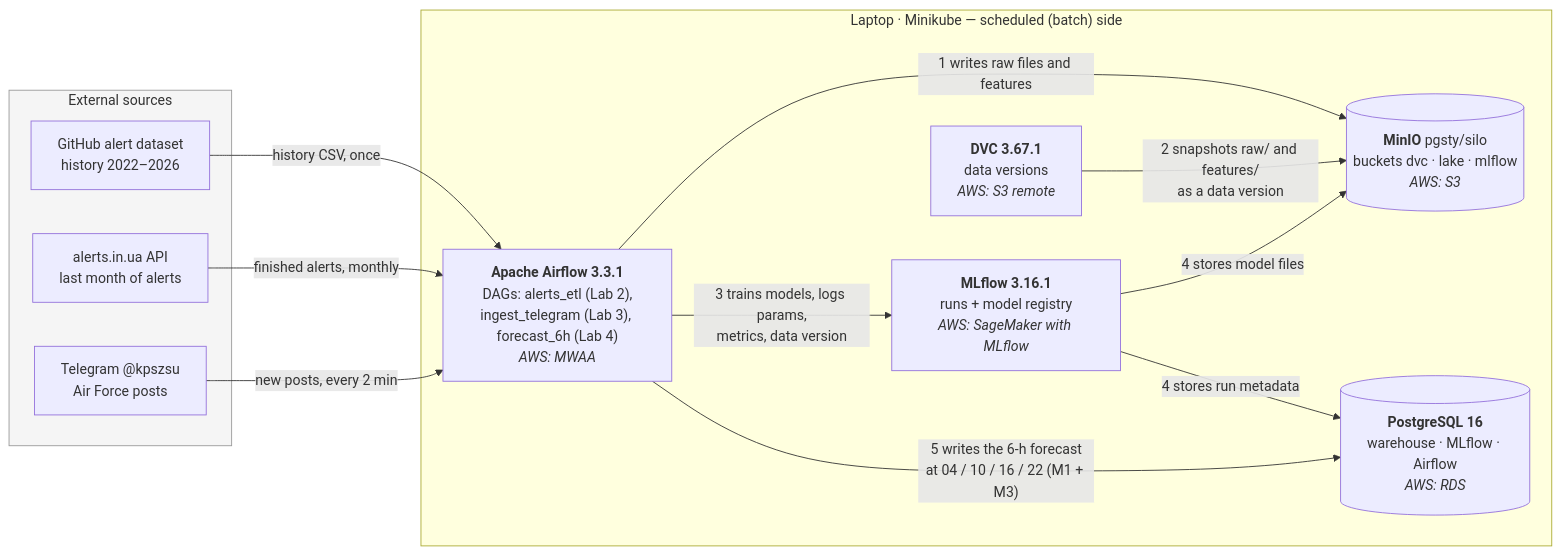
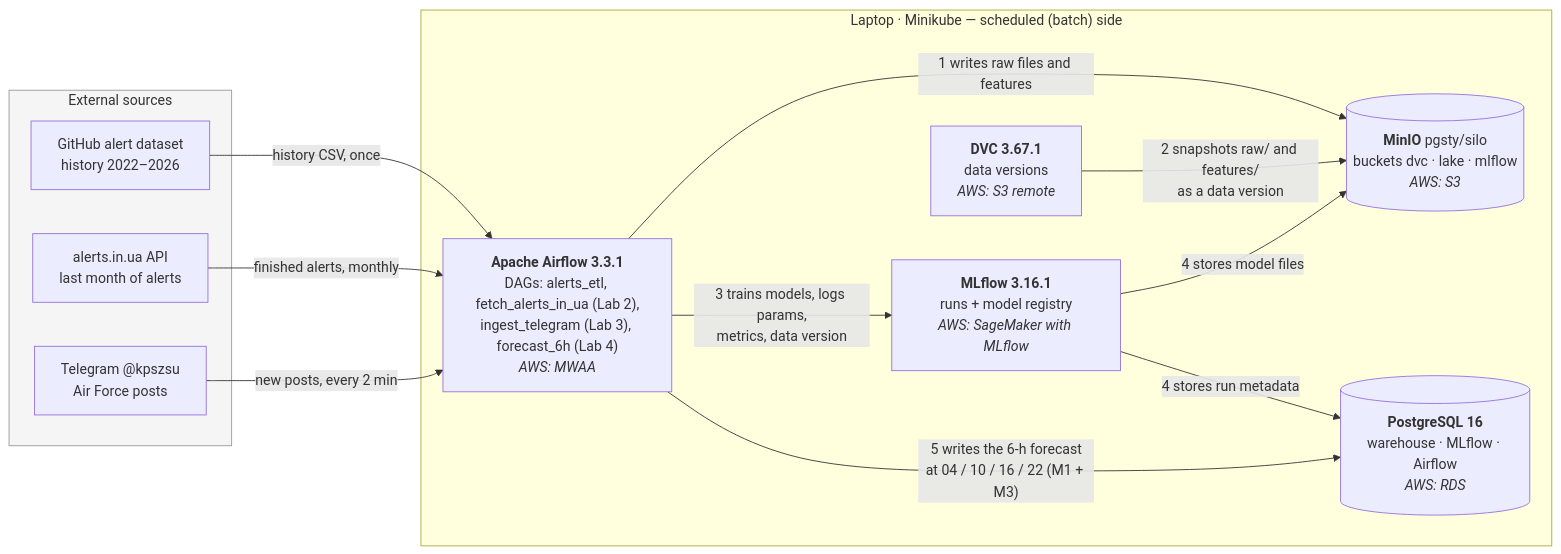
Before and after one commit to kvitoslava-yarish/mlops-2026: the third of 4 diagrams in docs/design.md, drawn with Mermaid. The commit also changed other lines of this file and 22 other files, not shown here.

````diff
--- a/docs/design.md
+++ b/docs/design.md
@@ -363,25 +368,25 @@
 ```mermaid
 flowchart LR
     subgraph src["External sources"]
         gh["GitHub alert dataset<br/>history 2022–2026"]
         aiu["alerts.in.ua API<br/>last month of alerts"]
         tg["Telegram @kpszsu<br/>Air Force posts"]
     end
     subgraph laptop["Laptop · Minikube — scheduled (batch) side"]
-        af["<b>Apache Airflow 3.3.1</b><br/>DAGs: alerts_etl (Lab 2),<br/>ingest_telegram (Lab 3), forecast_6h (Lab 4)<br/><i>AWS: MWAA</i>"]
+        af["<b>Apache Airflow 3.3.1</b><br/>DAGs: alerts_etl, fetch_alerts_in_ua (Lab 2),<br/>ingest_telegram (Lab 3), forecast_6h (Lab 4)<br/><i>AWS: MWAA</i>"]
         minio[("<b>MinIO</b> pgsty/silo<br/>buckets dvc · lake · mlflow<br/><i>AWS: S3</i>")]
         dvc["<b>DVC 3.67.1</b><br/>data versions<br/><i>AWS: S3 remote</i>"]
         mlf["<b>MLflow 3.16.1</b><br/>runs + model registry<br/><i>AWS: SageMaker with MLflow</i>"]
         pg[("<b>PostgreSQL 16</b><br/>warehouse · MLflow · Airflow<br/><i>AWS: RDS</i>")]
     end
     gh -- "history CSV, once" --> af
     aiu -- "finished alerts, monthly" --> af
     tg -- "new posts, every 2 min" --> af
     af -- "1 writes raw files and features" --> minio
     dvc -- "2 snapshots raw/ and features/<br/>as a data version" --> minio
     af -- "3 trains models, logs params,<br/>metrics, data version" --> mlf
     mlf -- "4 stores model files" --> minio
     mlf -- "4 stores run metadata" --> pg
     af -- "5 writes the 6-h forecast<br/>at 04 / 10 / 16 / 22 (M1 + M3)" --> pg
     style src fill:#f5f5f5,stroke:#999
 ```
````
